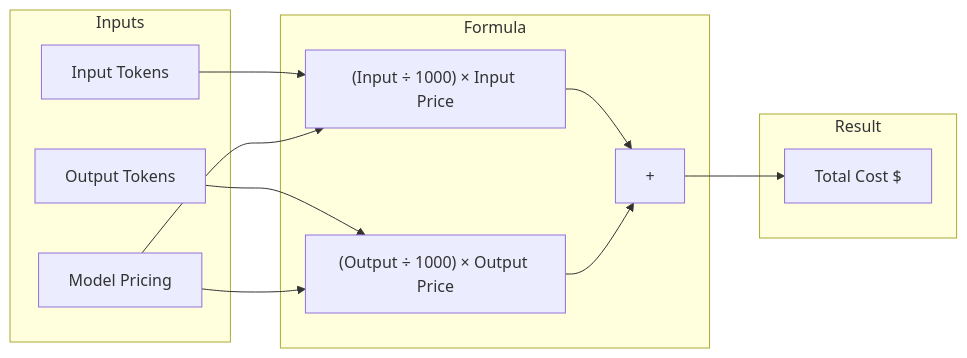
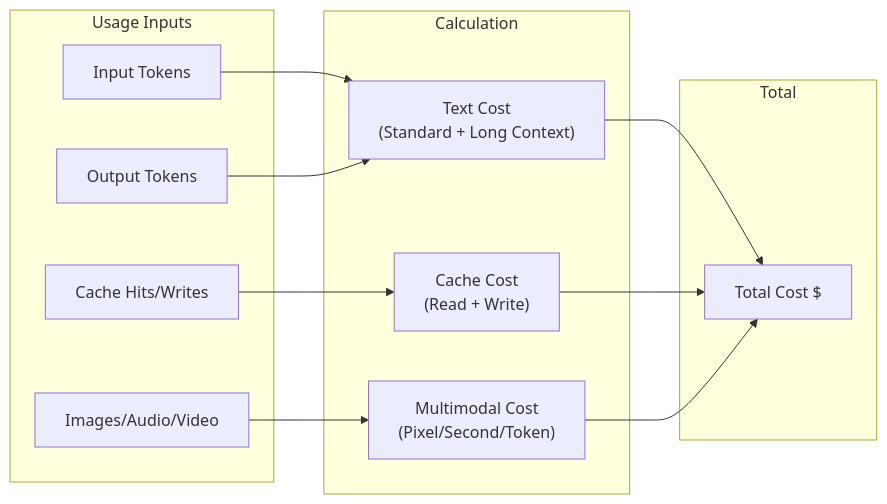
One commit to subhashladumor1/laravel-ai-guard changed the third of 6 diagrams in README.md. Above: the diagram before and after it, drawn with Mermaid. The commit also changed other lines of this file and 6 other files, not shown here.

````diff
--- a/README.md
+++ b/README.md
@@ -116,26 +116,28 @@
 ```mermaid
 flowchart LR
-    subgraph inputs["Inputs"]
+    subgraph inputs["Usage Inputs"]
         A[Input Tokens]
         B[Output Tokens]
-        C[Model Pricing]
+        C[Cache Hits/Writes]
+        D[Images/Audio/Video]
     end
 
-    subgraph formula["Formula"]
-        D["(Input ÷ 1000) × Input Price"]
-        E["(Output ÷ 1000) × Output Price"]
-        F["+"]
+    subgraph calculation["Calculation"]
+        E["Text Cost<br/>(Standard + Long Context)"]
+        F["Cache Cost<br/>(Read + Write)"]
+        G["Multimodal Cost<br/>(Pixel/Second/Token)"]
     end
 
-    subgraph result["Result"]
-        G["Total Cost $"]
+    subgraph result["Total"]
+        H["Total Cost $"]
     end
 
-    A --> D
+    A --> E
     B --> E
-    C --> D
-    C --> E
-    D --> F
-    E --> F
-    F --> G
+    C --> F
+    D --> G
+
+    E --> H
+    F --> H
+    G --> H
 ```
````
